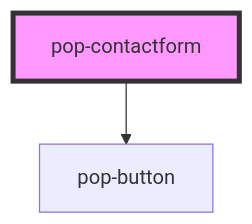
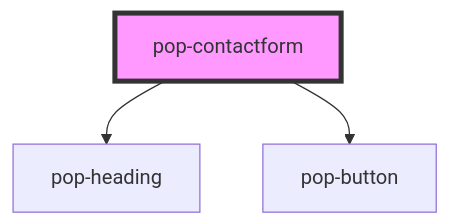
One commit to MysterieDev/stencil-starter-on changed the diagram in src/components/pop-contactform/readme.md. Above: the diagram before and after it, drawn with Mermaid. The commit also changed other lines of this file and 4 other files, not shown here.

````diff
--- a/src/components/pop-contactform/readme.md
+++ b/src/components/pop-contactform/readme.md
@@ -15,5 +16,6 @@
 ```mermaid
 graph TD;
+  pop-contactform --> pop-heading
   pop-contactform --> pop-button
   style pop-contactform fill:#f9f,stroke:#333,stroke-width:4px
 ```
````
